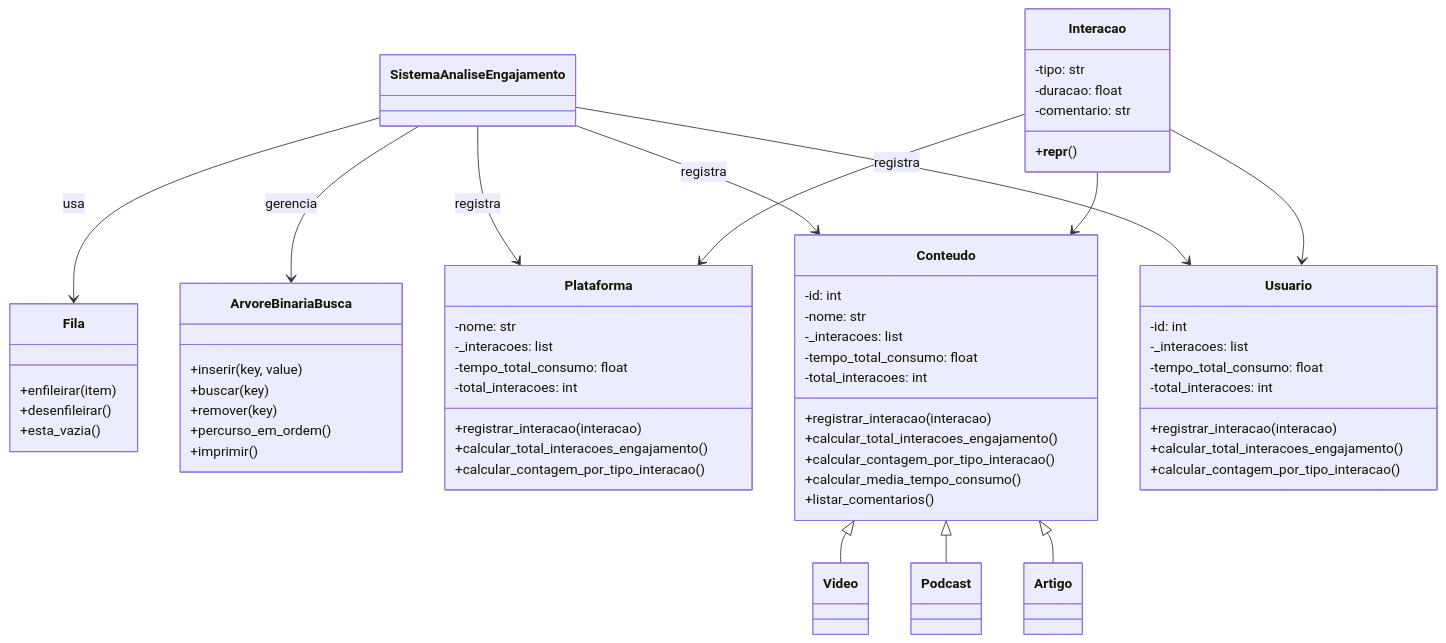
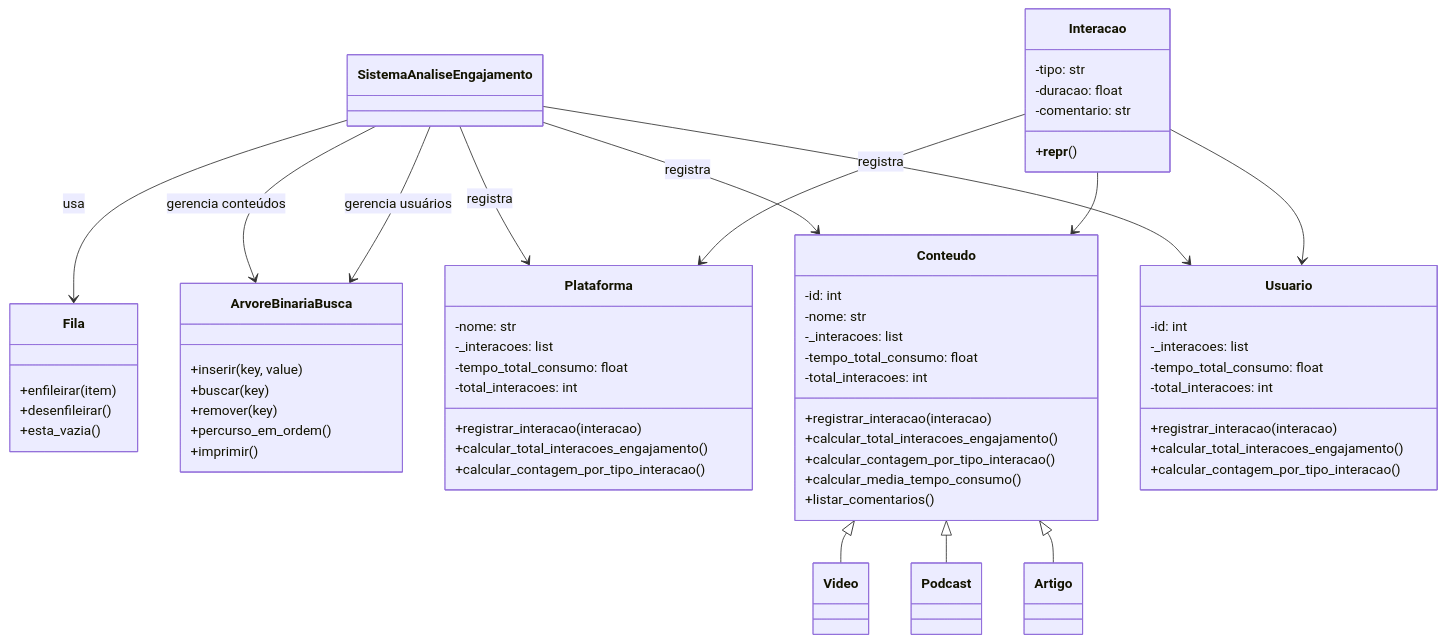
The diagram in diagrama.mermaid (mirrabernardo/Projeto-Modulo-3---Globotech), drawn with Mermaid before and after one commit.

```diff
--- a/diagrama.mermaid
+++ b/diagrama.mermaid
@@ -1,68 +1,69 @@
 classDiagram
     SistemaAnaliseEngajamento --> Fila : usa
-    SistemaAnaliseEngajamento --> ArvoreBinariaBusca : gerencia
+    SistemaAnaliseEngajamento --> ArvoreBinariaBusca : gerencia conteúdos
+    SistemaAnaliseEngajamento --> ArvoreBinariaBusca : gerencia usuários
     SistemaAnaliseEngajamento --> Plataforma : registra
     SistemaAnaliseEngajamento --> Conteudo : registra
     SistemaAnaliseEngajamento --> Usuario : registra
 
     class Fila {
       +enfileirar(item)
       +desenfileirar()
       +esta_vazia()
     }
 
     class ArvoreBinariaBusca {
       +inserir(key, value)
       +buscar(key)
       +remover(key)
       +percurso_em_ordem()
       +imprimir()
     }
 
     class Plataforma {
       -nome: str
       -_interacoes: list
       -tempo_total_consumo: float
       -total_interacoes: int
       +registrar_interacao(interacao)
       +calcular_total_interacoes_engajamento()
       +calcular_contagem_por_tipo_interacao()
     }
 
     class Conteudo {
       -id: int
       -nome: str
       -_interacoes: list
       -tempo_total_consumo: float
       -total_interacoes: int
       +registrar_interacao(interacao)
       +calcular_total_interacoes_engajamento()
       +calcular_contagem_por_tipo_interacao()
       +calcular_media_tempo_consumo()
       +listar_comentarios()
     }
 
     Conteudo <|-- Video
     Conteudo <|-- Podcast
     Conteudo <|-- Artigo
 
     class Usuario {
       -id: int
       -_interacoes: list
       -tempo_total_consumo: float
       -total_interacoes: int
       +registrar_interacao(interacao)
       +calcular_total_interacoes_engajamento()
       +calcular_contagem_por_tipo_interacao()
     }
 
     class Interacao {
       -tipo: str
       -duracao: float
       -comentario: str
       +__repr__()
     }
 
     Interacao --> Usuario
     Interacao --> Conteudo
     Interacao --> Plataforma
```
